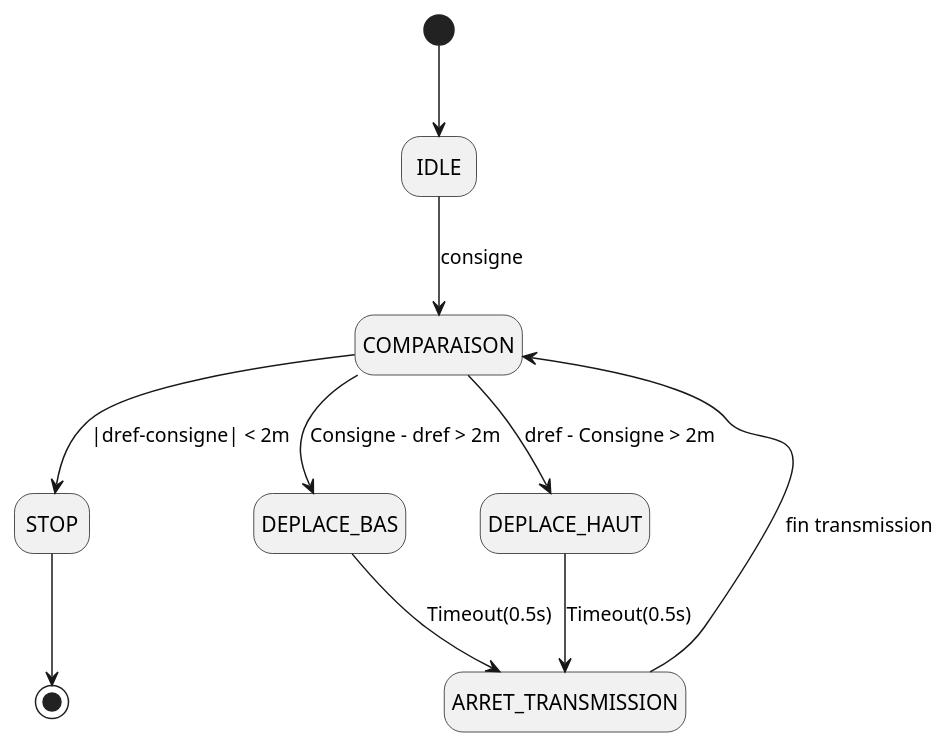
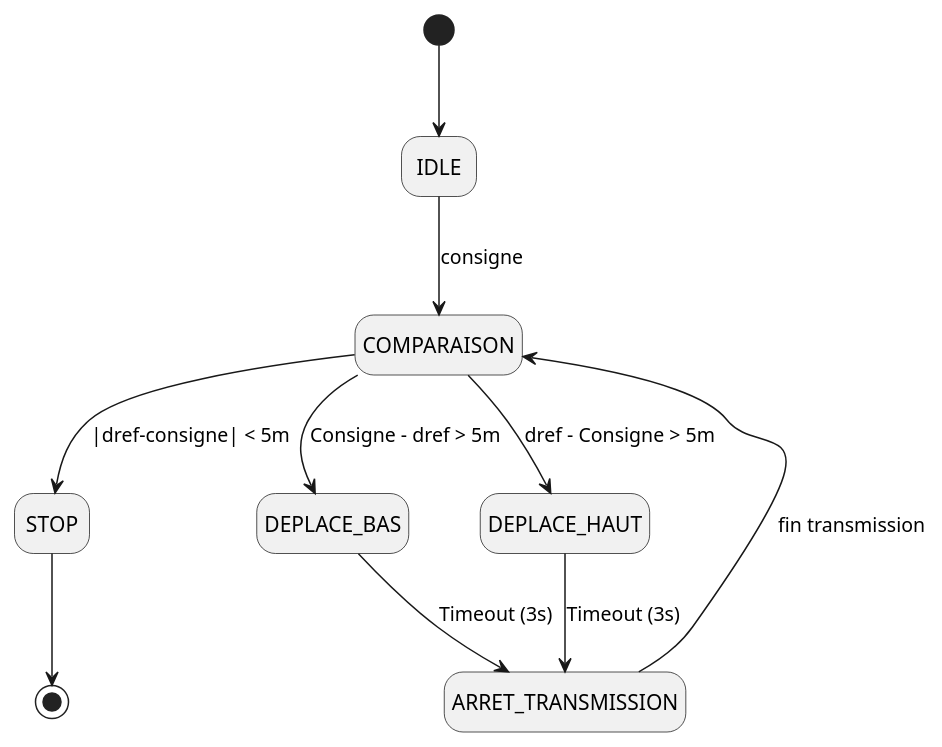
One commit to dibreyjonatan/Tutorial-on-PlantUML- changed the diagram in code_examples/Asservissement.puml. Above: the diagram before and after it, drawn with PlantUML. The commit also changed 1 other file, not shown here.

```diff
--- a/code_examples/Asservissement.puml
+++ b/code_examples/Asservissement.puml
@@ -1,18 +1,18 @@
 @startuml
 
 hide empty description
 
 [*] --> IDLE
 IDLE--> COMPARAISON : consigne
-COMPARAISON --> STOP : |dref-consigne| < 2m 
+COMPARAISON --> STOP : |dref-consigne| < 5m 
 STOP --> [*] 
-COMPARAISON --> DEPLACE_BAS  : Consigne - dref > 2m 
-DEPLACE_BAS --> ARRET_TRANSMISSION : Timeout(0.5s)
+COMPARAISON --> DEPLACE_BAS  : Consigne - dref > 5m 
+DEPLACE_BAS --> ARRET_TRANSMISSION : Timeout (3s)
 ARRET_TRANSMISSION --> COMPARAISON : fin transmission
-COMPARAISON --> DEPLACE_HAUT  : dref - Consigne > 2m 
-DEPLACE_HAUT --> ARRET_TRANSMISSION  : Timeout(0.5s)
+COMPARAISON --> DEPLACE_HAUT  : dref - Consigne > 5m 
+DEPLACE_HAUT --> ARRET_TRANSMISSION  : Timeout (3s)
 ''' ARRET_TRANSMISSION --> COMPARAISON
 
 
 
 @enduml 
```
